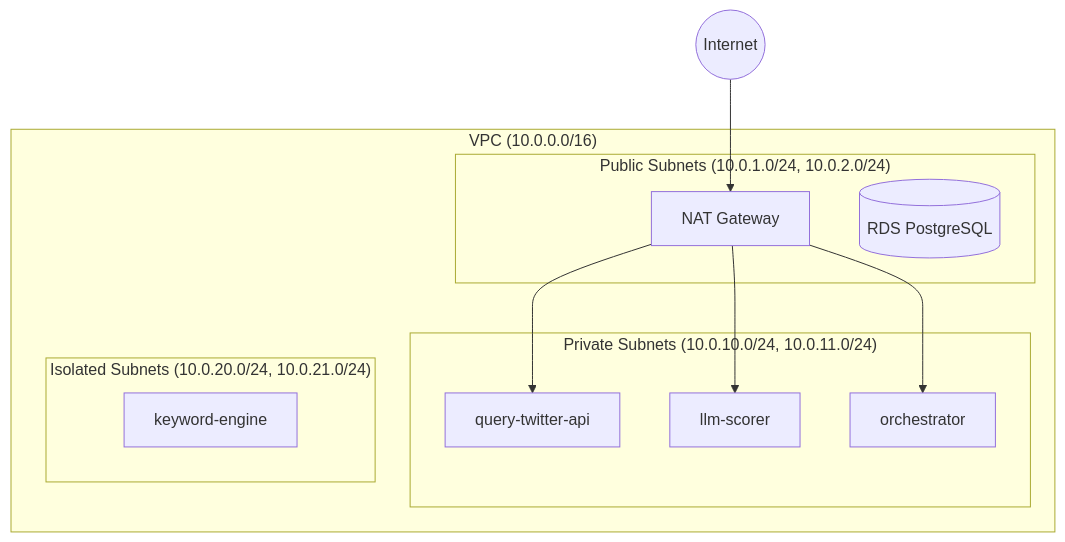
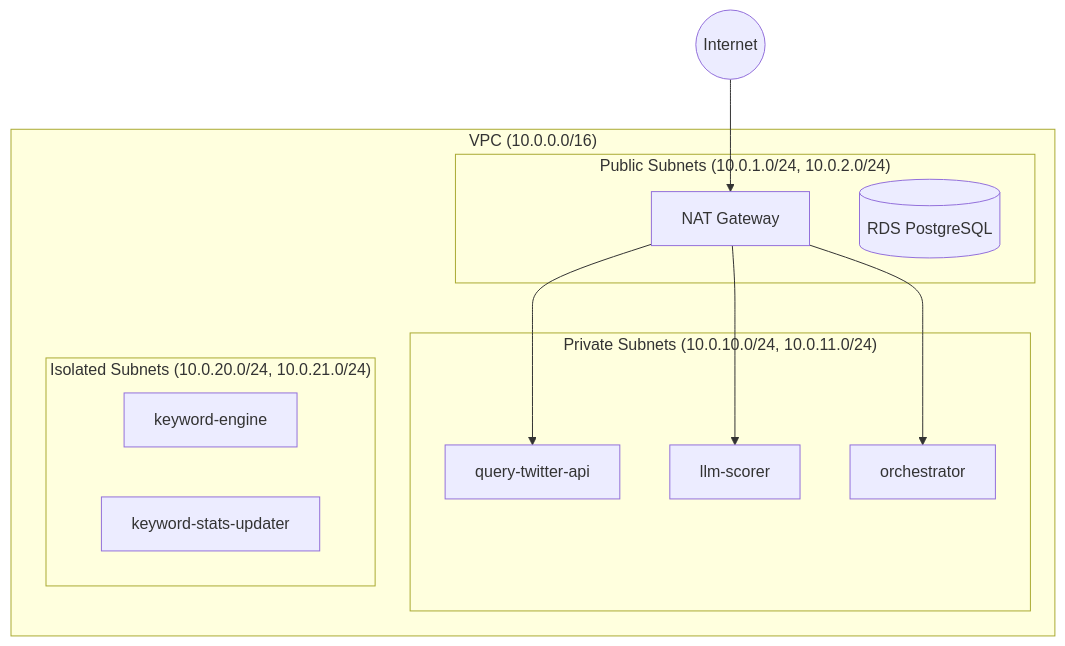
The fourth of 5 diagrams in docs/architecture.md (DanEscher98/twitter-profile-scorer), drawn with Mermaid before and after one commit. The commit also changed other lines of this file and 14 other files, not shown here.

First line of the commit message:
Add keyword_stats table with semantic tags, database-driven keyword-engine

````diff
--- a/docs/architecture.md
+++ b/docs/architecture.md
@@ -140,24 +156,25 @@
 ```mermaid
 graph TB
     subgraph VPC["VPC (10.0.0.0/16)"]
         subgraph Public["Public Subnets (10.0.1.0/24, 10.0.2.0/24)"]
             NAT[NAT Gateway]
             RDS[(RDS PostgreSQL)]
         end
 
         subgraph Private["Private Subnets (10.0.10.0/24, 10.0.11.0/24)"]
             QT[query-twitter-api]
             LS[llm-scorer]
             OR[orchestrator]
         end
 
         subgraph Isolated["Isolated Subnets (10.0.20.0/24, 10.0.21.0/24)"]
             KE[keyword-engine]
+            KSU[keyword-stats-updater]
         end
     end
 
     Internet((Internet)) --> NAT
     NAT --> QT
     NAT --> LS
     NAT --> OR
 ```
````
